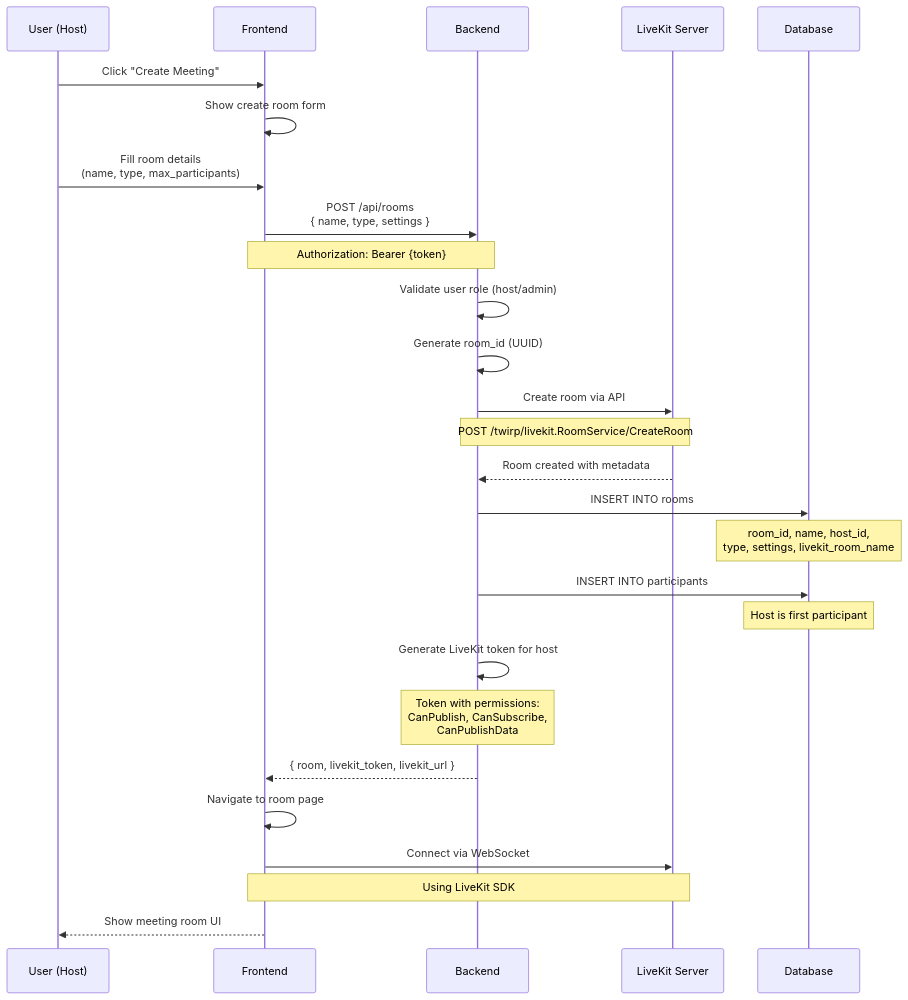
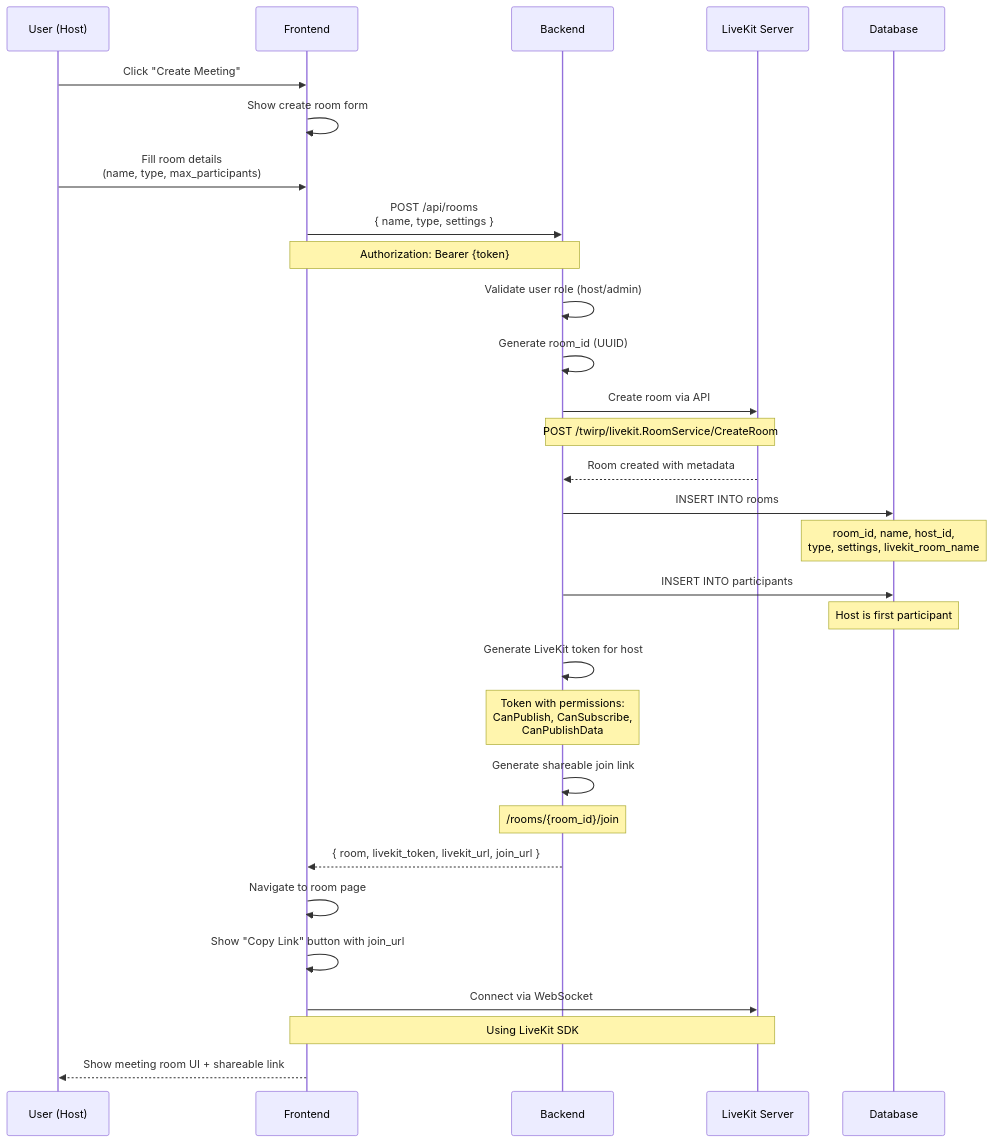
One commit to meeting-assistant-team/meeting-assistant changed the first of 8 diagrams in docs/03-room-management-flow.md. Above: the diagram before and after it, drawn with Mermaid. The commit also changed other lines of this file and 5 other files, not shown here.

Commit message:
feat(room): update room management flow, swagger docs, and error handling

````diff
--- a/docs/03-room-management-flow.md
+++ b/docs/03-room-management-flow.md
@@ -21,39 +21,43 @@
 ```mermaid
 sequenceDiagram
     participant U as User (Host)
     participant F as Frontend
     participant B as Backend
     participant LK as LiveKit Server
     participant DB as Database
     
     U->>F: Click "Create Meeting"
     F->>F: Show create room form
     U->>F: Fill room details<br/>(name, type, max_participants)
     
     F->>B: POST /api/rooms<br/>{ name, type, settings }
     Note over F,B: Authorization: Bearer {token}
     
     B->>B: Validate user role (host/admin)
     B->>B: Generate room_id (UUID)
     
     B->>LK: Create room via API
     Note over B,LK: POST /twirp/livekit.RoomService/CreateRoom
     LK-->>B: Room created with metadata
     
     B->>DB: INSERT INTO rooms
     Note over DB: room_id, name, host_id,<br/>type, settings, livekit_room_name
     
     B->>DB: INSERT INTO participants
     Note over DB: Host is first participant
     
     B->>B: Generate LiveKit token for host
     Note over B: Token with permissions:<br/>CanPublish, CanSubscribe,<br/>CanPublishData
     
-    B-->>F: { room, livekit_token, livekit_url }
+    B->>B: Generate shareable join link
+    Note over B: /rooms/{room_id}/join
+    
+    B-->>F: { room, livekit_token, livekit_url, join_url }
     
     F->>F: Navigate to room page
+    F->>F: Show "Copy Link" button with join_url
     F->>LK: Connect via WebSocket
     Note over F,LK: Using LiveKit SDK
     
-    F-->>U: Show meeting room UI
+    F-->>U: Show meeting room UI + shareable link
 ```
````
